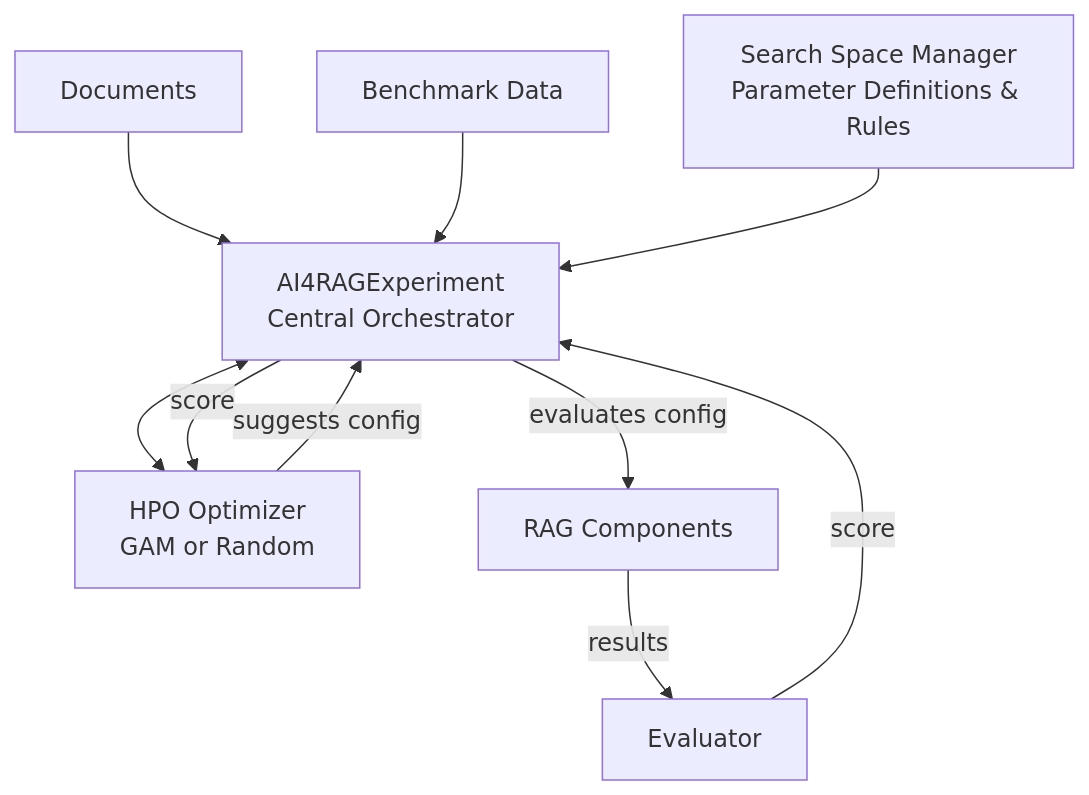
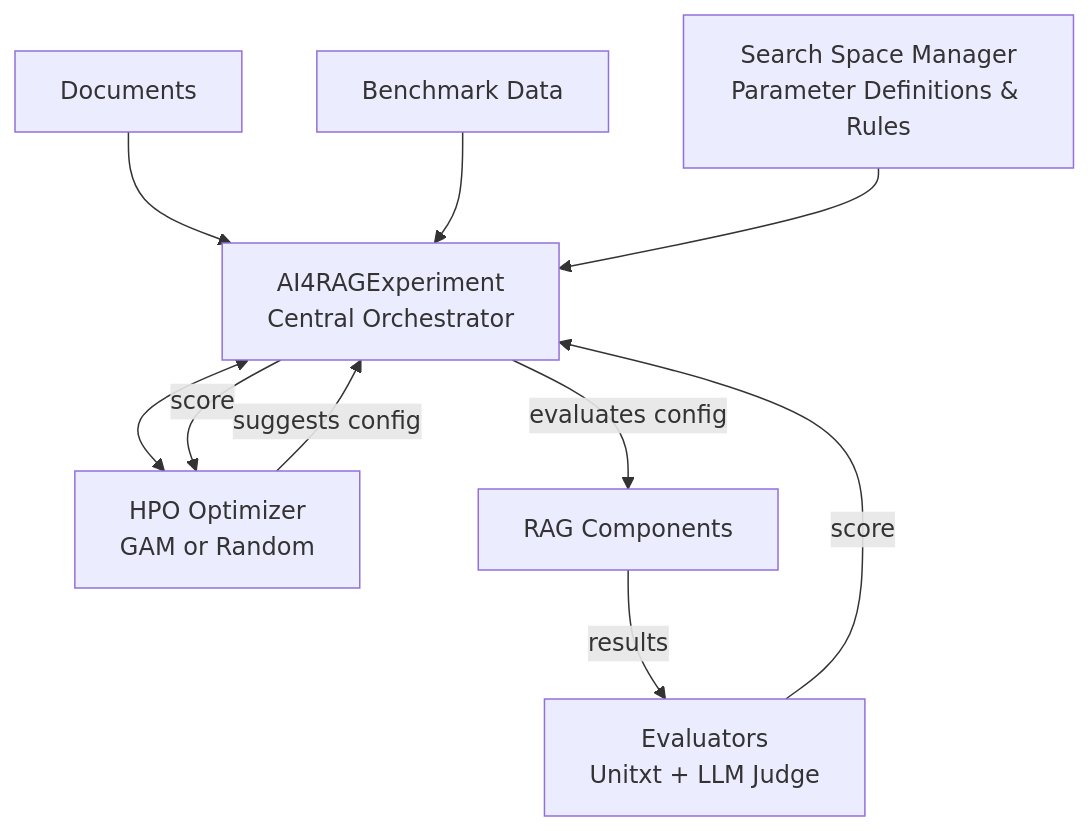
The first of 3 diagrams in docs/architecture/core-components.md (IBM/ai4rag), drawn with Mermaid before and after one commit. The commit also changed other lines of this file and 8 other files, not shown here.

````diff
--- a/docs/architecture/core-components.md
+++ b/docs/architecture/core-components.md
@@ -11,21 +11,21 @@
 ```mermaid
 graph TB
     A[AI4RAGExperiment<br/>Central Orchestrator]
     B[HPO Optimizer<br/>GAM or Random]
     C[Search Space Manager<br/>Parameter Definitions & Rules]
 
     D[Documents]
     E[Benchmark Data]
     F[RAG Components]
-    G[Evaluator]
+    G[Evaluators<br/>Unitxt + LLM Judge]
 
     D --> A
     E --> A
     C --> A
     A <--> B
     B -- suggests config --> A
     A -- evaluates config --> F
     F -- results --> G
     G -- score --> A
     A -- score --> B
 ```
````
